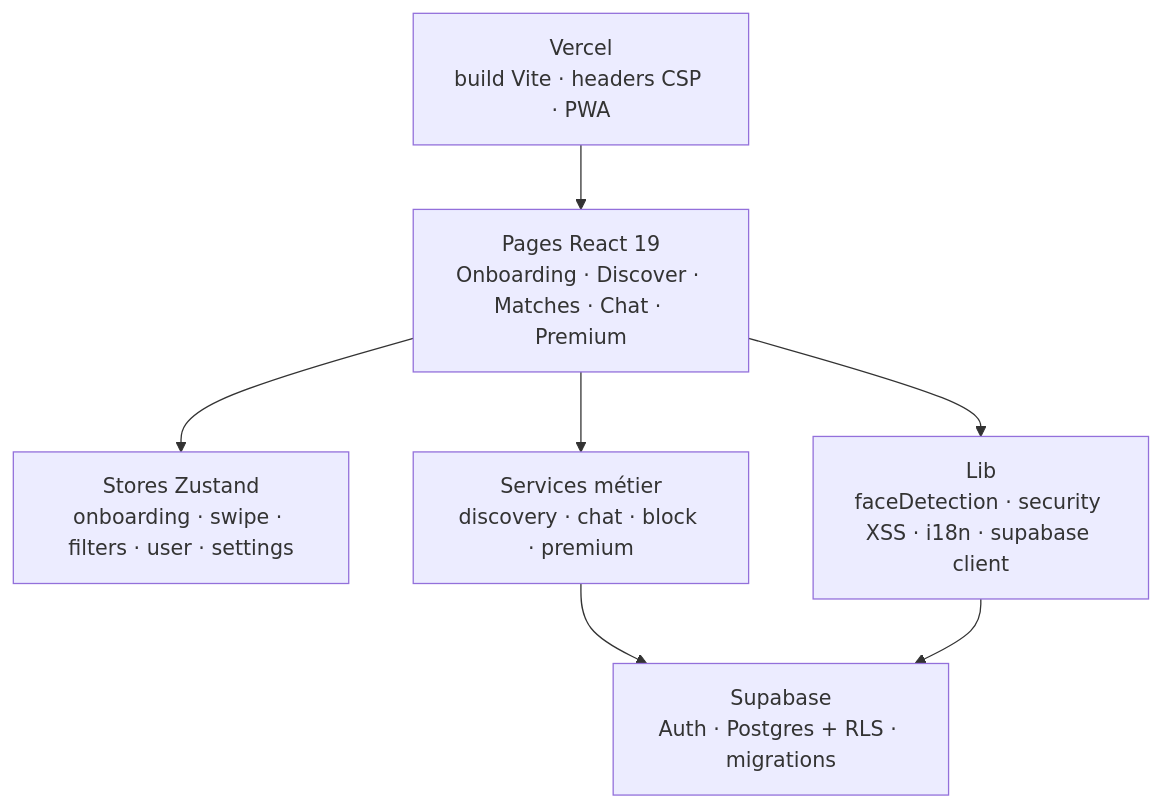
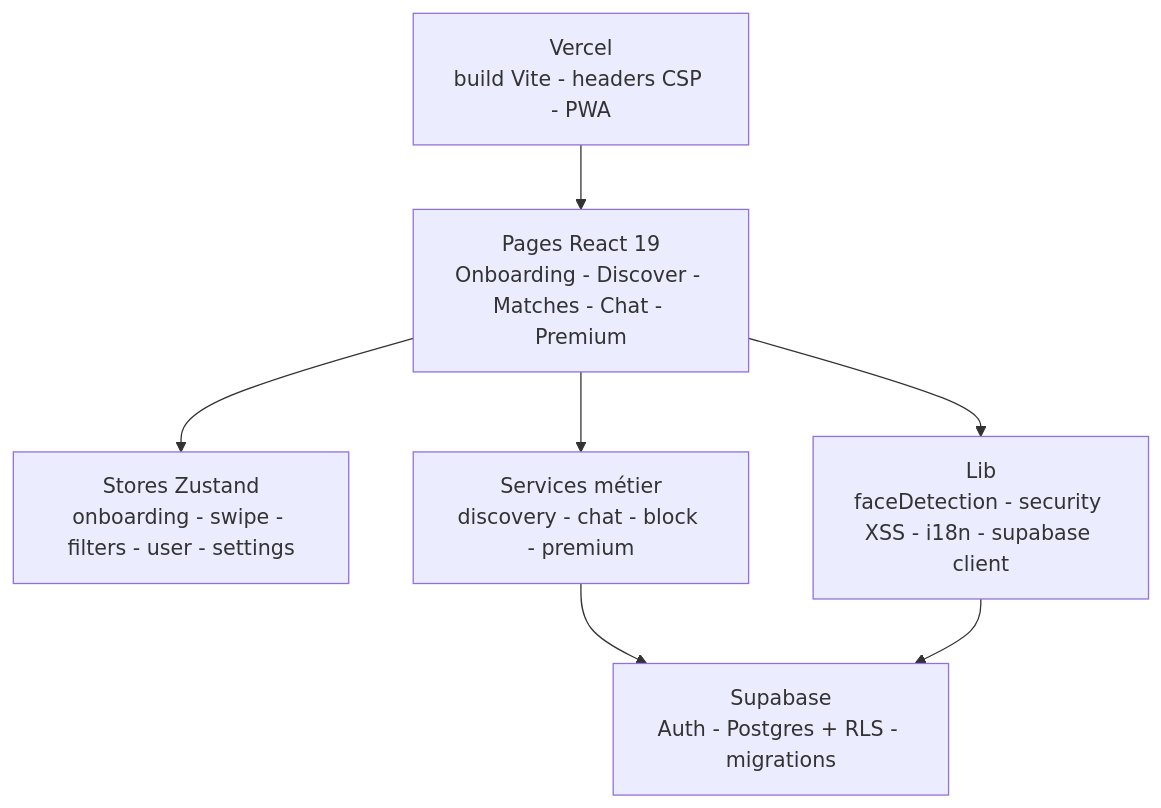
The diagram in README.md (Adam-Blf/Echo), drawn with Mermaid before and after one commit. The commit also changed other lines of this file, not shown here.

Commit message:
docs: typography pass, no em dash or middle dot (#1)

````diff
--- a/README.md
+++ b/README.md
@@ -19,16 +19,16 @@
 ```mermaid
 flowchart TB
-    UI["Pages React 19<br/>Onboarding · Discover · Matches · Chat · Premium"]
-    Stores["Stores Zustand<br/>onboarding · swipe · filters · user · settings"]
-    Services["Services métier<br/>discovery · chat · block · premium"]
-    Lib["Lib<br/>faceDetection · security XSS · i18n · supabase client"]
-    Supabase["Supabase<br/>Auth · Postgres + RLS · migrations"]
-    Vercel["Vercel<br/>build Vite · headers CSP · PWA"]
+    UI["Pages React 19<br/>Onboarding - Discover - Matches - Chat - Premium"]
+    Stores["Stores Zustand<br/>onboarding - swipe - filters - user - settings"]
+    Services["Services métier<br/>discovery - chat - block - premium"]
+    Lib["Lib<br/>faceDetection - security XSS - i18n - supabase client"]
+    Supabase["Supabase<br/>Auth - Postgres + RLS - migrations"]
+    Vercel["Vercel<br/>build Vite - headers CSP - PWA"]
 
     UI --> Stores
     UI --> Services
     UI --> Lib
     Services --> Supabase
     Lib --> Supabase
     Vercel --> UI
 ```
````
